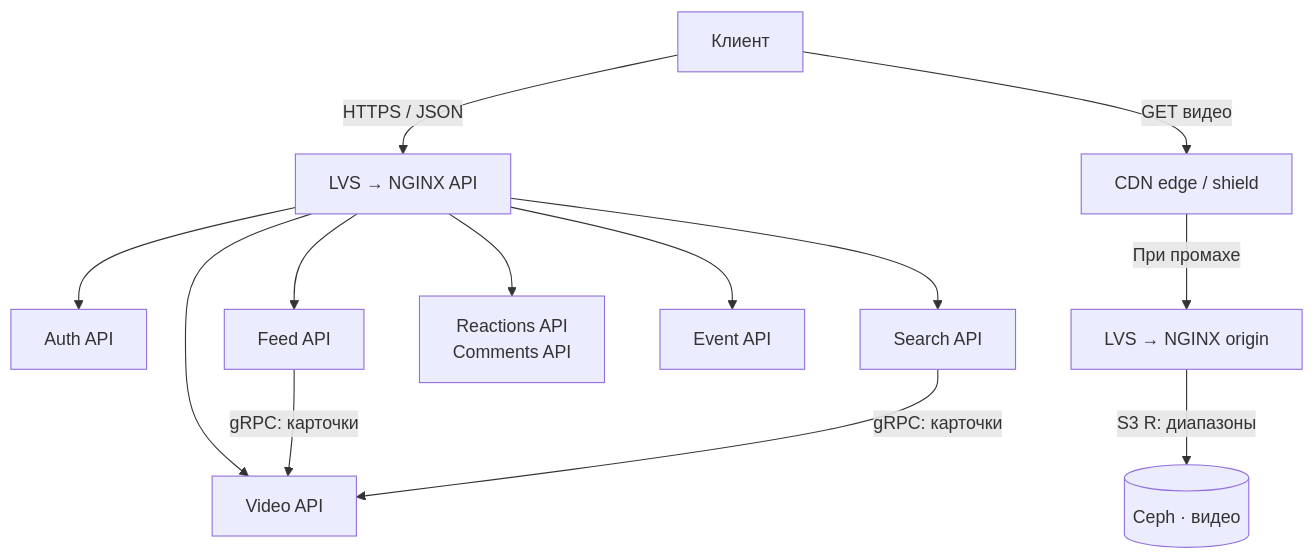
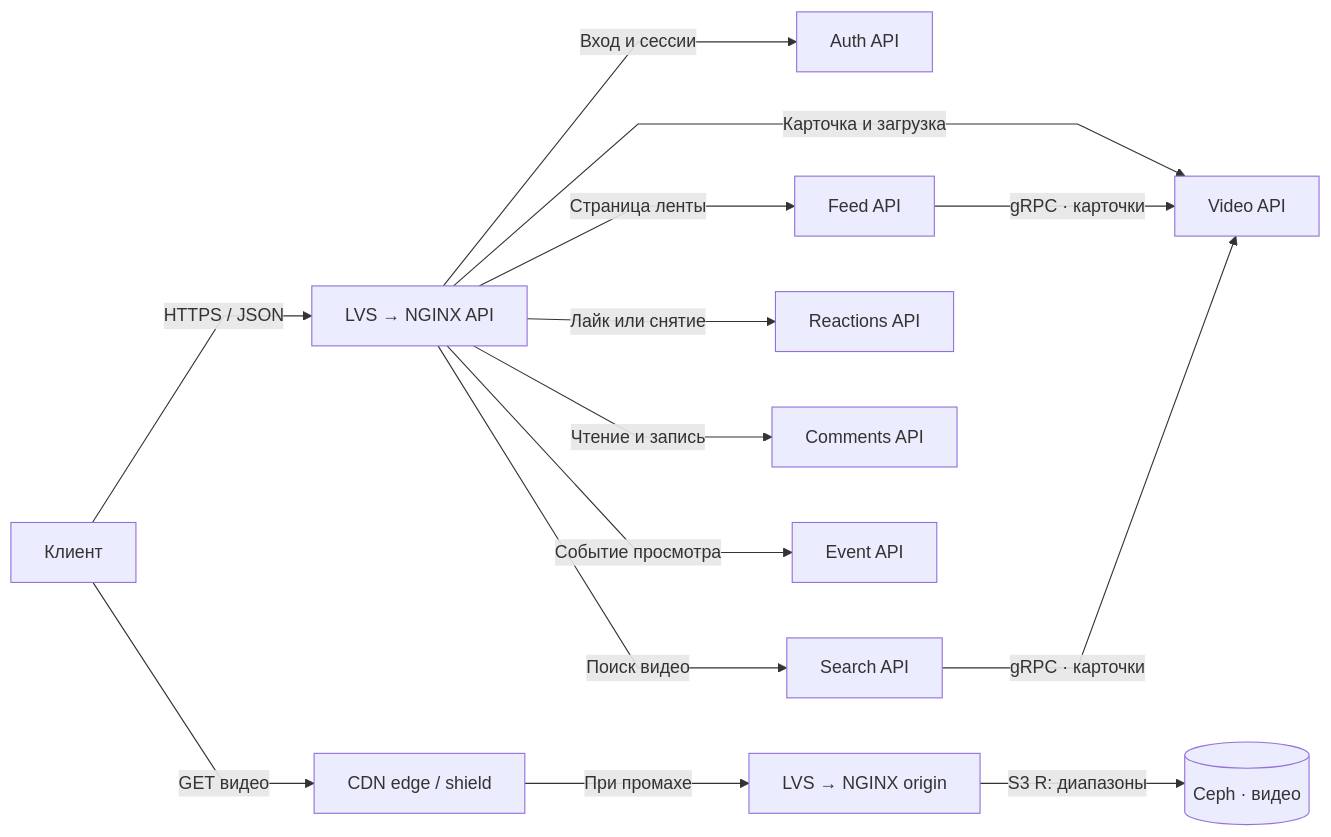
Before and after one commit to pavel-ladygin/highload_tp: the seventh of 14 diagrams in README.md, drawn with Mermaid. The commit also changed other lines of this file, not shown here.

````diff
--- a/README.md
+++ b/README.md
@@ -834,15 +834,17 @@
 ```mermaid
-flowchart TB
+%%{init: {"flowchart": {"curve": "linear"}}}%%
+flowchart LR
     C["Клиент"] -->|"HTTPS / JSON"| N["LVS → NGINX API"]
-    N --> A["Auth API"]
-    N --> F["Feed API"]
-    N --> S["Search API"]
-    N --> V["Video API"]
-    N --> I["Reactions API<br/>Comments API"]
-    N --> E["Event API"]
-    F -->|"gRPC: карточки"| V
-    S -->|"gRPC: карточки"| V
+    N -->|"Вход и сессии"| A["Auth API"]
+    N -->|"Страница ленты"| F["Feed API"]
+    N -->|"Поиск видео"| S["Search API"]
+    N -->|"Карточка и загрузка"| V["Video API"]
+    N -->|"Лайк или снятие"| R["Reactions API"]
+    N -->|"Чтение и запись"| I["Comments API"]
+    N -->|"Событие просмотра"| E["Event API"]
+    F -->|"gRPC · карточки"| V
+    S -->|"gRPC · карточки"| V
     C -->|"GET видео"| CDN["CDN edge / shield"]
     CDN -->|"При промахе"| O["LVS → NGINX origin"]
     O -->|"S3 R: диапазоны"| M[("Ceph · видео")]
 ```
````
